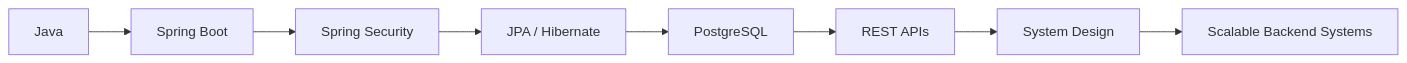
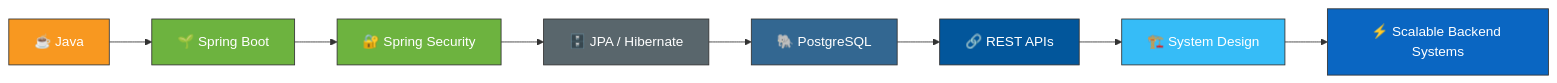
Before and after one commit to adarsh3435546/adarsh3435546: the diagram in README.md, drawn with Mermaid. The commit also changed other lines of this file, not shown here.

````diff
--- a/README.md
+++ b/README.md
@@ -191,10 +197,19 @@
 ```mermaid
 graph LR
-    A[Java] --> B[Spring Boot]
-    B --> C[Spring Security]
-    C --> D[JPA / Hibernate]
-    D --> E[PostgreSQL]
-    E --> F[REST APIs]
-    F --> G[System Design]
-    G --> H[Scalable Backend Systems]
+    A[☕ Java] --> B[🌱 Spring Boot]
+    B --> C[🔐 Spring Security]
+    C --> D[🗄️ JPA / Hibernate]
+    D --> E[🐘 PostgreSQL]
+    E --> F[🔗 REST APIs]
+    F --> G[🏗️ System Design]
+    G --> H[⚡ Scalable Backend Systems]
+
+    style A fill:#f89820,stroke:#333,color:#fff
+    style B fill:#6DB33F,stroke:#333,color:#fff
+    style C fill:#6DB33F,stroke:#333,color:#fff
+    style D fill:#59666C,stroke:#333,color:#fff
+    style E fill:#336791,stroke:#333,color:#fff
+    style F fill:#02569B,stroke:#333,color:#fff
+    style G fill:#36BCF7,stroke:#333,color:#fff
+    style H fill:#0A66C2,stroke:#333,color:#fff
 ```
````
